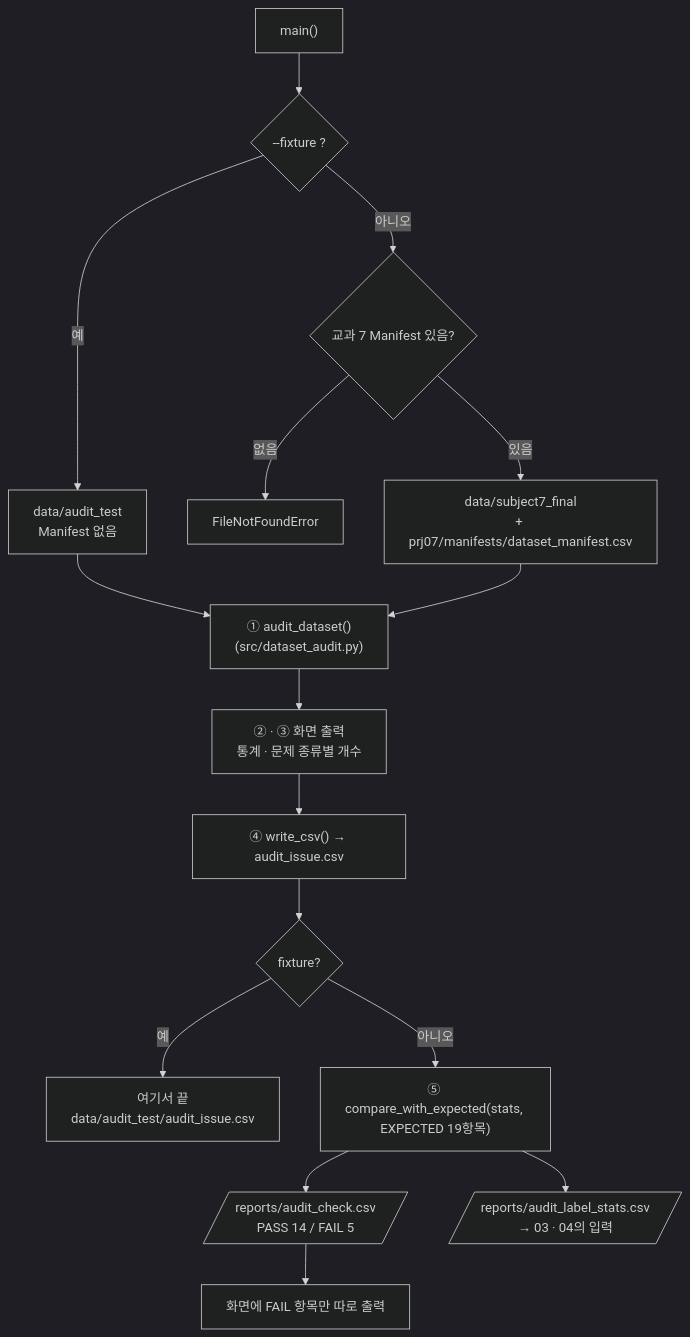
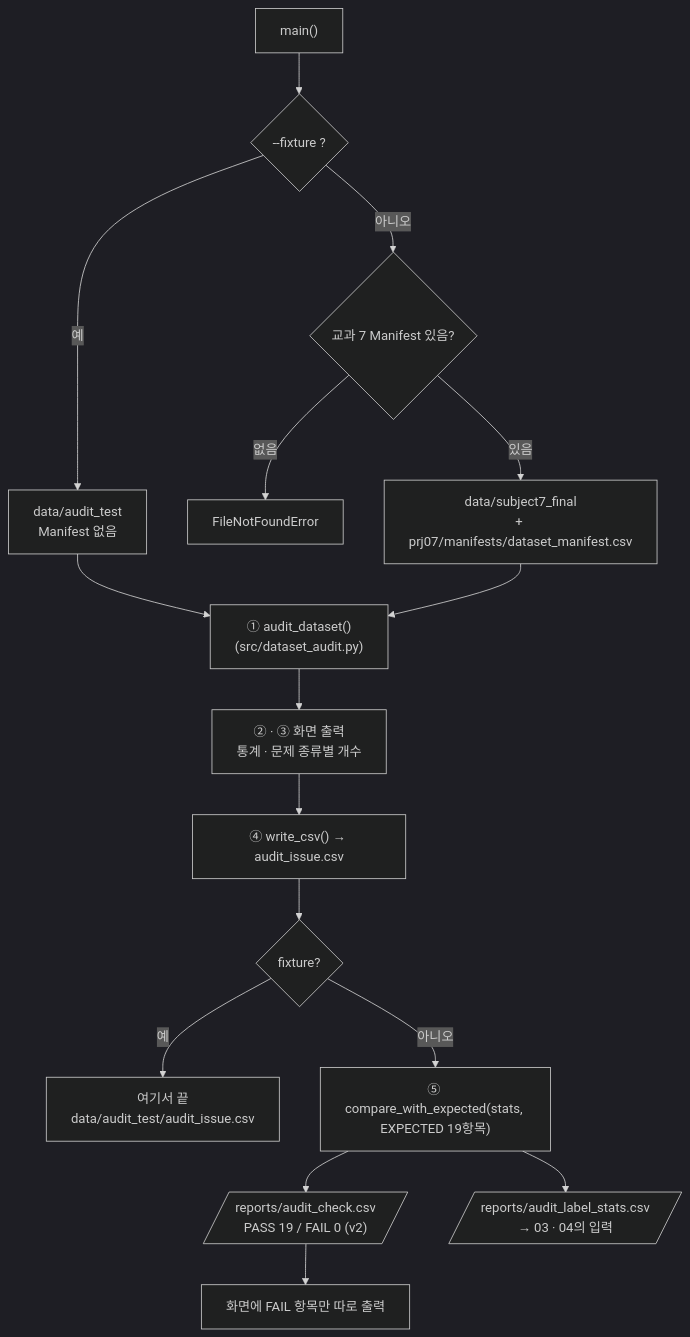
The diagram in prj08/docs/code_review/scripts/02_audit_subject7_final.md (howolcat/prj2026.10), drawn with Mermaid (dark theme) before and after one commit. The commit also changed other lines of this file and 3 other files, not shown here.

````diff
--- a/prj08/docs/code_review/scripts/02_audit_subject7_final.md
+++ b/prj08/docs/code_review/scripts/02_audit_subject7_final.md
@@ -33,18 +33,18 @@
 ```mermaid
 flowchart TD
     A["main()"] --> B{"--fixture ?"}
     B -->|예| C["data/audit_test<br/>Manifest 없음"]
     B -->|아니오| D{"교과 7 Manifest 있음?"}
     D -->|없음| X["FileNotFoundError"]
     D -->|있음| D2["data/subject7_final<br/>+ prj07/manifests/dataset_manifest.csv"]
     C --> E
     D2 --> E["① audit_dataset()<br/>(src/dataset_audit.py)"]
     E --> F["② · ③ 화면 출력<br/>통계 · 문제 종류별 개수"]
     F --> G["④ write_csv() → audit_issue.csv"]
     G --> H{"fixture?"}
     H -->|예| R["여기서 끝<br/>data/audit_test/audit_issue.csv"]
     H -->|아니오| I["⑤ compare_with_expected(stats, EXPECTED 19항목)"]
-    I --> J[/"reports/audit_check.csv<br/>PASS 14 / FAIL 5"/]
+    I --> J[/"reports/audit_check.csv<br/>PASS 19 / FAIL 0 (v2)"/]
     I --> K[/"reports/audit_label_stats.csv<br/>→ 03 · 04의 입력"/]
     J --> L["화면에 FAIL 항목만 따로 출력"]
 ```
````
